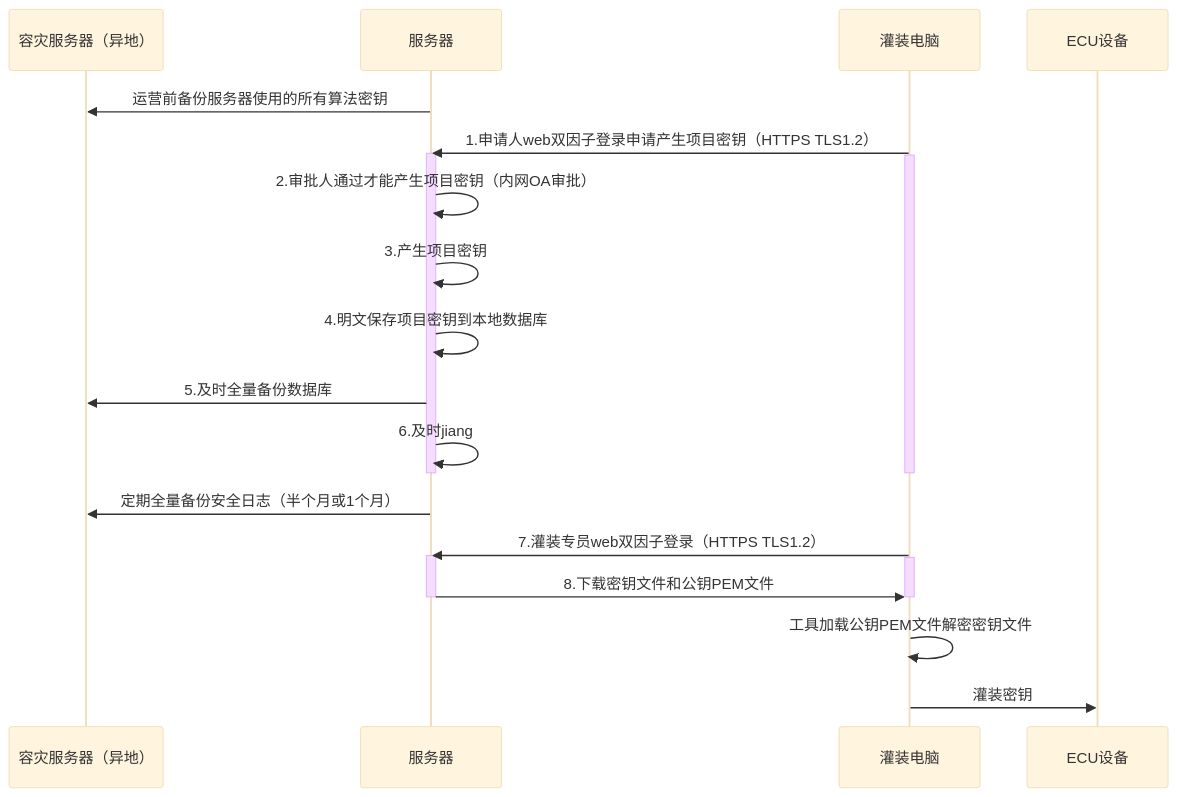
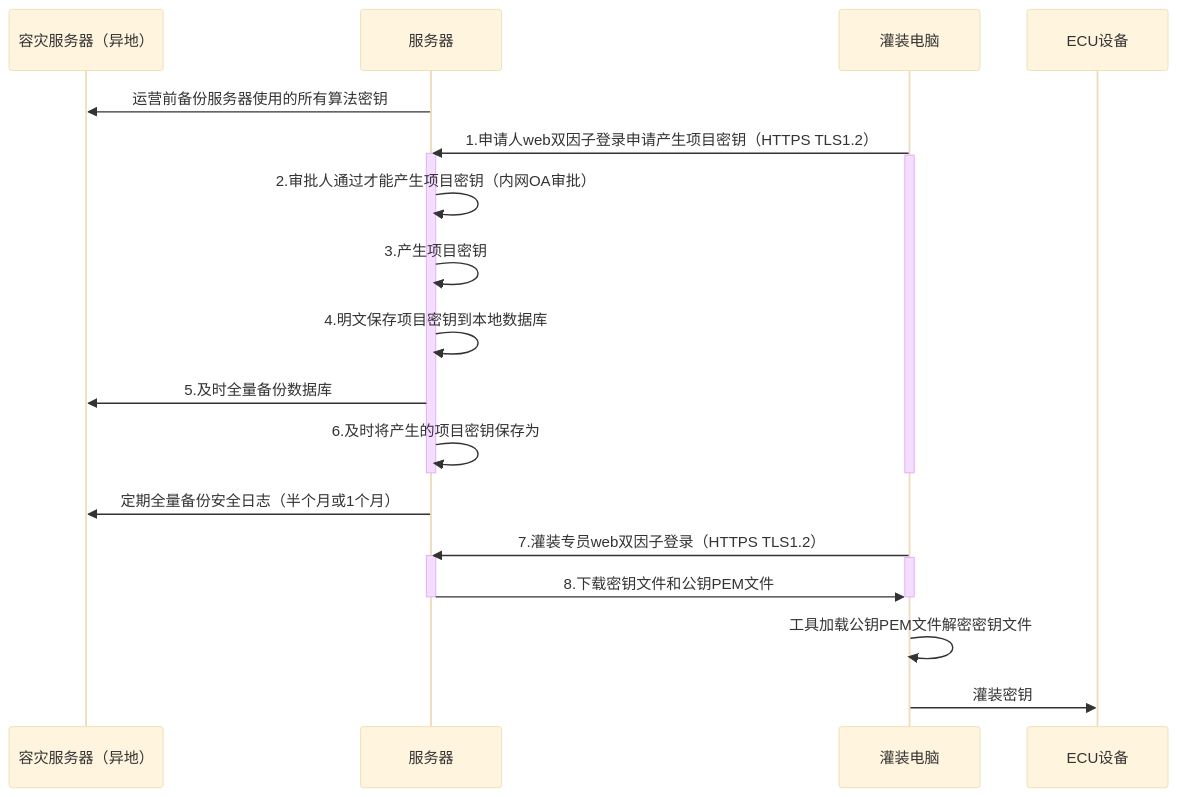
One commit to facebook-cloud/iodraw-files changed the diagram in all/未命名-17.md. Above: the diagram before and after it, drawn with Mermaid (base theme).

Commit message:
2026-03-05 20:49:30 update

````diff
--- a/all/未命名-17.md
+++ b/all/未命名-17.md
@@ -1,32 +1,32 @@
 ```mermaid
 sequenceDiagram
     participant A as 容灾服务器（异地）
     participant B as 服务器
     participant D as 灌装电脑
     participant E as ECU设备
 
     B->>A: 运营前备份服务器使用的所有算法密钥
     D->>B: 1.申请人web双因子登录申请产生项目密钥（HTTPS TLS1.2）
     activate B
     activate D
     B->>B: 2.审批人通过才能产生项目密钥（内网OA审批）
     B->>B: 3.产生项目密钥
     B->>B: 4.明文保存项目密钥到本地数据库
     B->>A: 5.及时全量备份数据库
-    B->>B: 6.及时jiang
+    B->>B: 6.及时将产生的项目密钥保存为
     deactivate B
     deactivate D
 
     B->>A: 定期全量备份安全日志（半个月或1个月）
     
     D->>B: 7.灌装专员web双因子登录（HTTPS TLS1.2）
     activate B
     activate D
     B->>D: 8.下载密钥文件和公钥PEM文件
     deactivate B
     deactivate D
 
     D->>D:工具加载公钥PEM文件解密密钥文件
     
     D->>E: 灌装密钥
 ```
````
